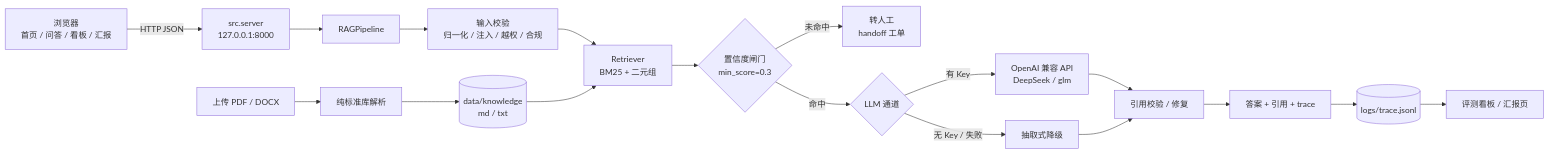
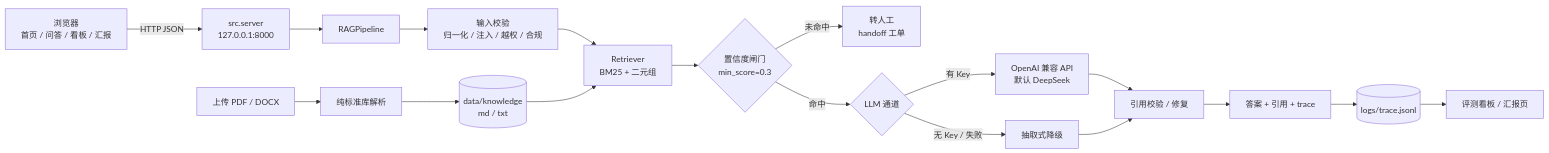
One commit to dongshu710/doc-qa-assistant changed the first of 2 diagrams in docs/ARCHITECTURE.md. Above: the diagram before and after it, drawn with Mermaid. The commit also changed other lines of this file and 34 other files, not shown here.

````diff
--- a/docs/ARCHITECTURE.md
+++ b/docs/ARCHITECTURE.md
@@ -21,19 +21,19 @@
 ```mermaid
 flowchart LR
   B[浏览器<br/>首页 / 问答 / 看板 / 汇报] -->|HTTP JSON| S[src.server<br/>127.0.0.1:8000]
   S --> P[RAGPipeline]
   P --> G[输入校验<br/>归一化 / 注入 / 越权 / 合规]
   G --> R[Retriever<br/>BM25 + 二元组]
   R --> Q{置信度闸门<br/>min_score=0.3}
   Q -->|未命中| H[转人工<br/>handoff 工单]
   Q -->|命中| L{LLM 通道}
-  L -->|有 Key| M[OpenAI 兼容 API<br/>DeepSeek / glm]
+  L -->|有 Key| M[OpenAI 兼容 API<br/>默认 DeepSeek]
   L -->|无 Key / 失败| E[抽取式降级]
   M --> C[引用校验 / 修复]
   E --> C
   C --> O[答案 + 引用 + trace]
   O --> T[(logs/trace.jsonl)]
   T --> D[评测看板 / 汇报页]
   K[(data/knowledge<br/>md / txt)] --> R
   U[上传 PDF / DOCX] --> X[纯标准库解析] --> K
 ```
````
